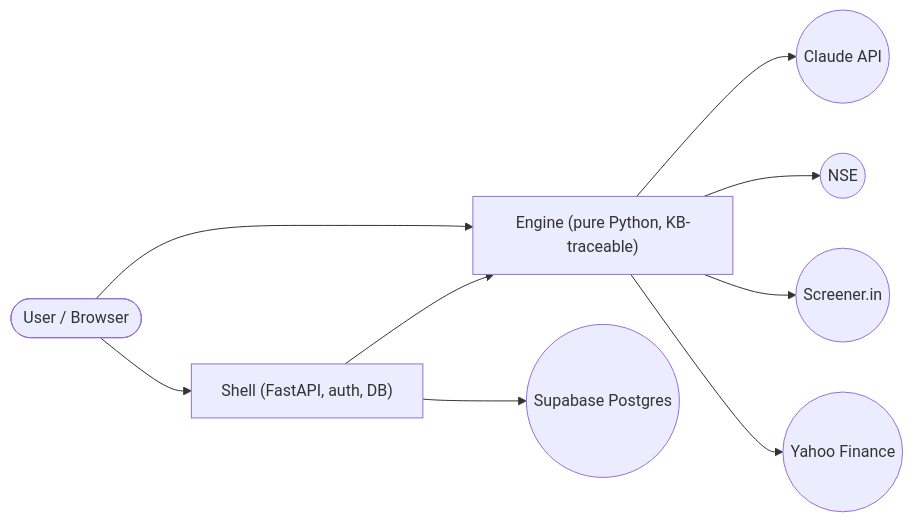
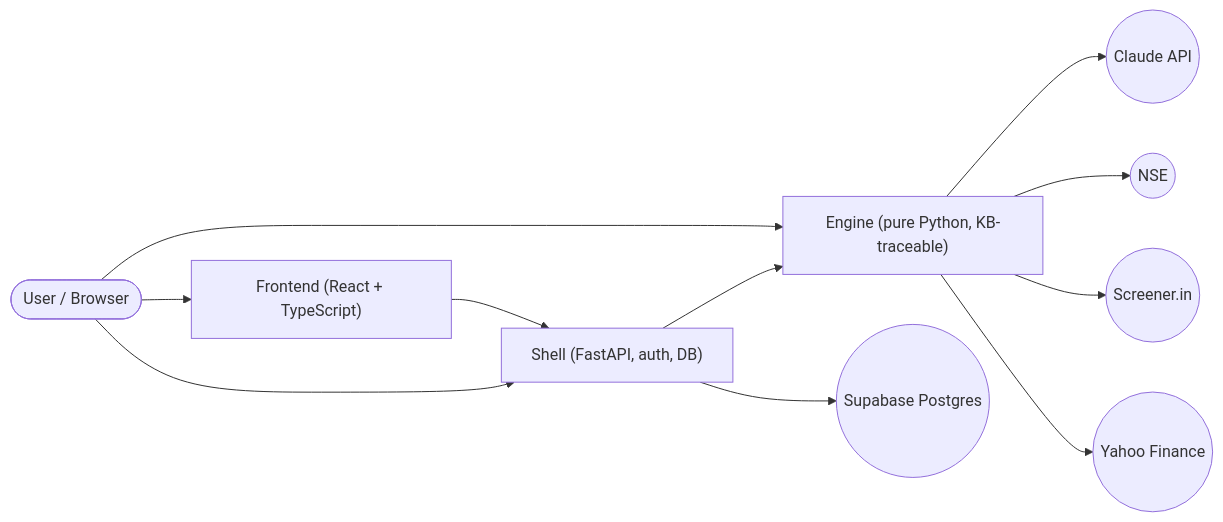
One commit to sunabhasinha/stock-picker changed the first of 4 diagrams in docs/architecture.md. Above: the diagram before and after it, drawn with Mermaid. The commit also changed other lines of this file and 36 other files, not shown here.

````diff
--- a/docs/architecture.md
+++ b/docs/architecture.md
@@ -18,19 +18,22 @@
 ```mermaid
 flowchart LR
     user(["User / Browser"])
     eng["Engine (pure Python, KB-traceable)"]
     shell["Shell (FastAPI, auth, DB)"]
+    fe["Frontend (React + TypeScript)"]
     ext_claude(("Claude API"))
     ext_nse(("NSE"))
     ext_postgres(("Supabase Postgres"))
     ext_screener(("Screener.in"))
     ext_yahoo(("Yahoo Finance"))
     eng --> ext_claude
     eng --> ext_nse
     eng --> ext_screener
     eng --> ext_yahoo
+    fe --> shell
     shell --> eng
     shell --> ext_postgres
     user --> eng
+    user --> fe
     user --> shell
 ```
````
